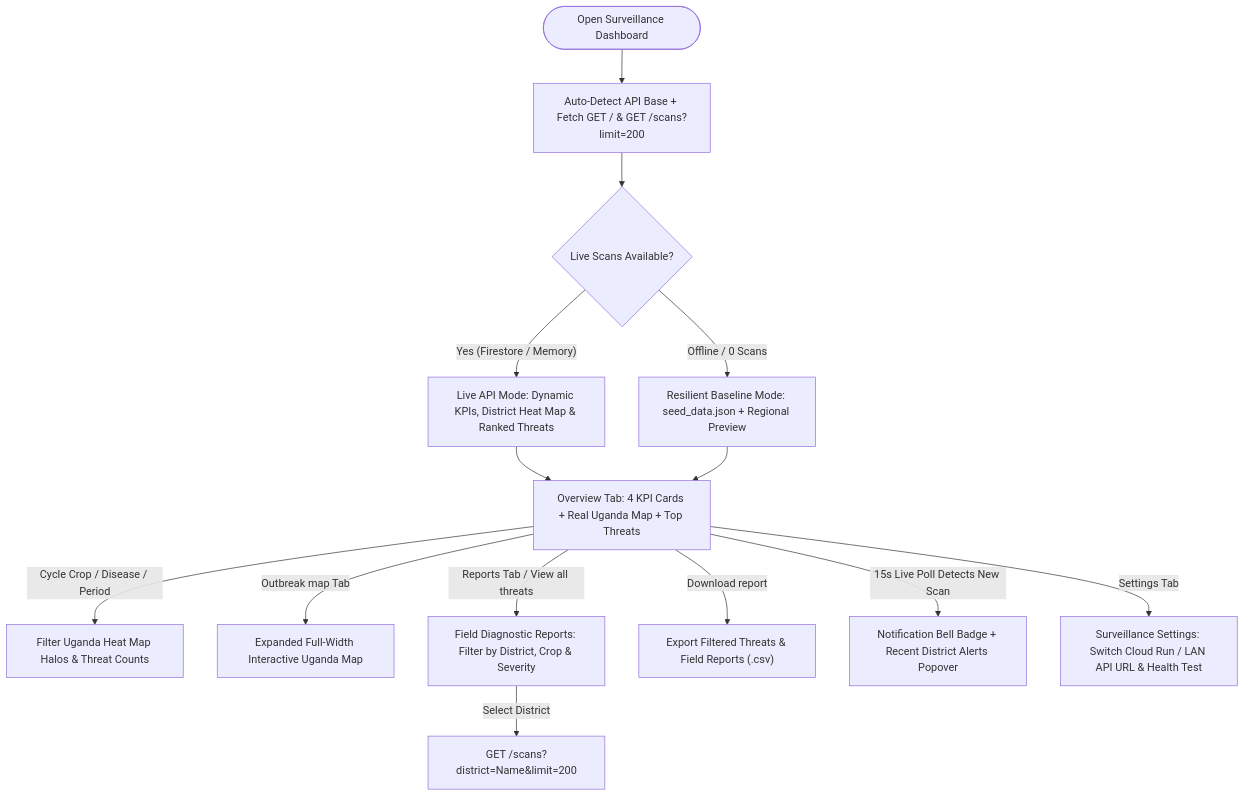
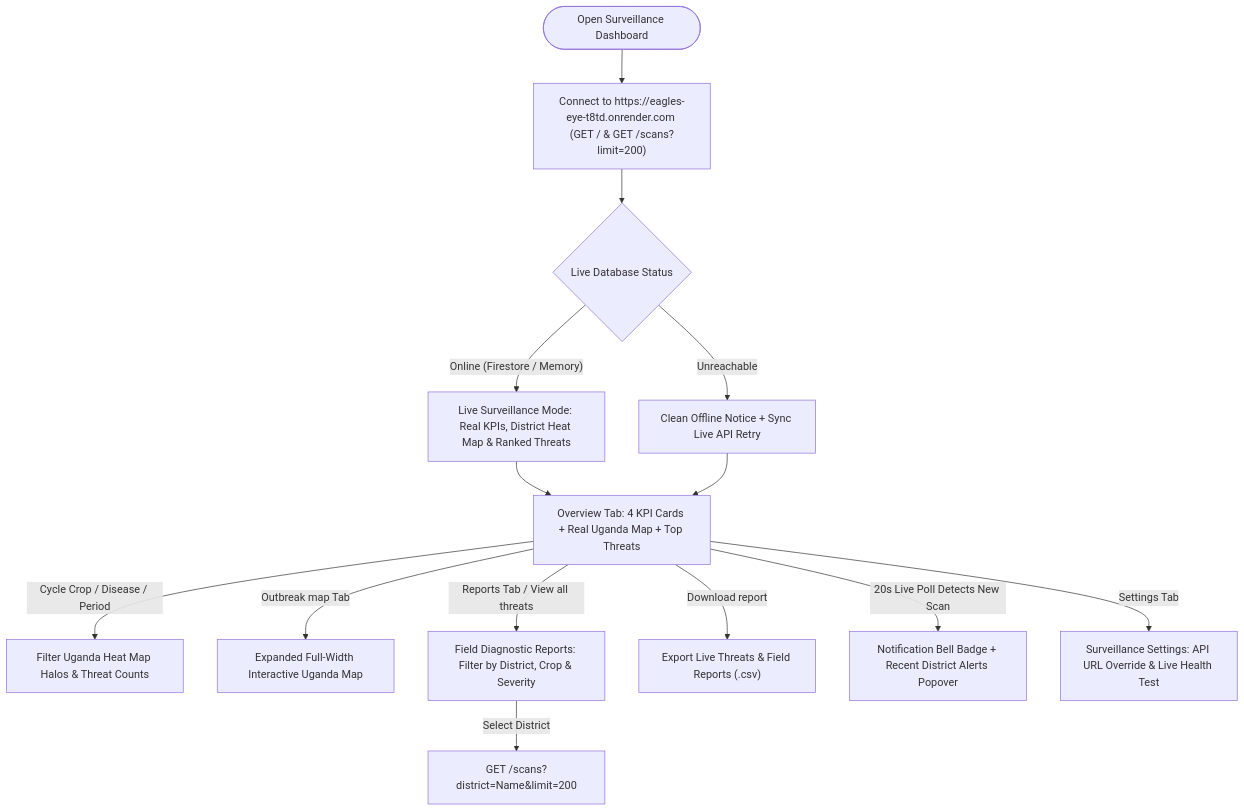
One commit to Wasswa-Phen/eagles-eye changed the fourth of 4 diagrams in README.md. Above: the diagram before and after it, drawn with Mermaid. The commit also changed other lines of this file and 13 other files, not shown here.

````diff
--- a/README.md
+++ b/README.md
@@ -130,20 +130,20 @@
 ```mermaid
 flowchart TD
-    Entry(["Open Surveillance Dashboard"]) --> Boot["Auto-Detect API Base + Fetch GET / & GET /scans?limit=200"]
-    Boot --> Mode{"Live Scans Available?"}
+    Entry(["Open Surveillance Dashboard"]) --> Boot["Connect to https://eagles-eye-t8td.onrender.com (GET / & GET /scans?limit=200)"]
+    Boot --> Mode{"Live Database Status"}
 
-    Mode -->|"Yes (Firestore / Memory)"| Live["Live API Mode: Dynamic KPIs, District Heat Map & Ranked Threats"]
-    Mode -->|"Offline / 0 Scans"| Baseline["Resilient Baseline Mode: seed_data.json + Regional Preview"]
+    Mode -->|"Online (Firestore / Memory)"| Live["Live Surveillance Mode: Real KPIs, District Heat Map & Ranked Threats"]
+    Mode -->|"Unreachable"| Offline["Clean Offline Notice + Sync Live API Retry"]
 
     Live --> Overview["Overview Tab: 4 KPI Cards + Real Uganda Map + Top Threats"]
-    Baseline --> Overview
+    Offline --> Overview
 
     Overview -->|"Cycle Crop / Disease / Period"| FilterMap["Filter Uganda Heat Map Halos & Threat Counts"]
     Overview -->|"Outbreak map Tab"| FullMap["Expanded Full-Width Interactive Uganda Map"]
     Overview -->|"Reports Tab / View all threats"| Reports["Field Diagnostic Reports: Filter by District, Crop & Severity"]
-    Overview -->|"Download report"| CSV["Export Filtered Threats & Field Reports (.csv)"]
-    Overview -->|"15s Live Poll Detects New Scan"| Bell["Notification Bell Badge + Recent District Alerts Popover"]
+    Overview -->|"Download report"| CSV["Export Live Threats & Field Reports (.csv)"]
+    Overview -->|"20s Live Poll Detects New Scan"| Bell["Notification Bell Badge + Recent District Alerts Popover"]
 
     Reports -->|"Select District"| ServerFilter["GET /scans?district=Name&limit=200"]
-    Overview -->|"Settings Tab"| Settings["Surveillance Settings: Switch Cloud Run / LAN API URL & Health Test"]
+    Overview -->|"Settings Tab"| Settings["Surveillance Settings: API URL Override & Live Health Test"]
 ```
````
